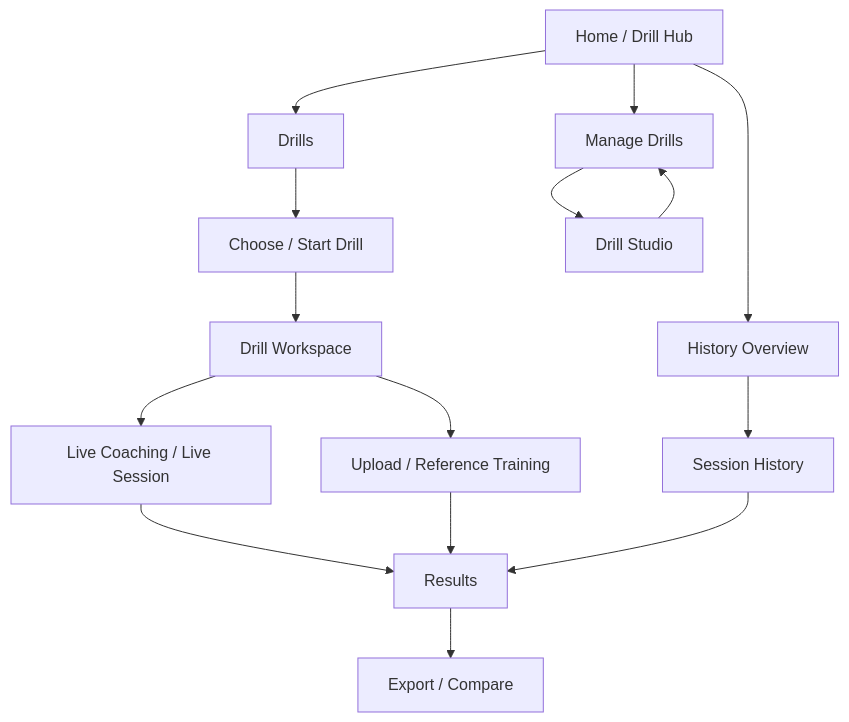
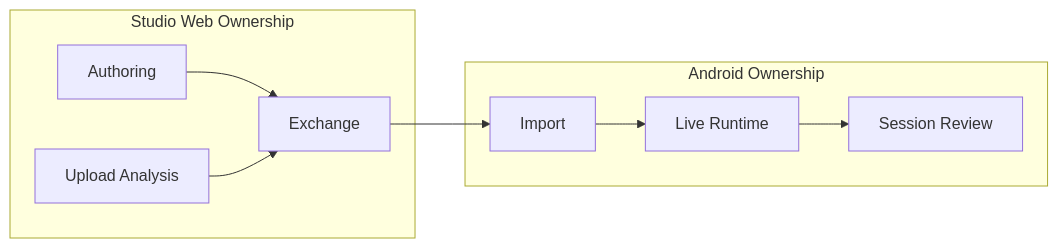
One commit to Voycepeh/CaliVision changed the third of 5 diagrams in README.md. Above: the diagram before and after it, drawn with Mermaid. The commit also changed other lines of this file and 10 other files, not shown here.

Commit message:
docs: add boundary and transition diagrams to README

````diff
--- a/README.md
+++ b/README.md
@@ -78,24 +64,18 @@
 ```mermaid
-flowchart TD
-    HOME[Home / Drill Hub]
-    DRILLS[Drills]
-    START[Choose / Start Drill]
-    WORKSPACE[Drill Workspace]
-    LIVE[Live Coaching / Live Session]
-    UPLOAD[Upload / Reference Training]
-    RESULTS[Results]
-    OVERVIEW[History Overview]
-    HISTORY[Session History]
-    MANAGE[Manage Drills]
-    STUDIO[Drill Studio]
-    EXPORT[Export / Compare]
+flowchart LR
+    subgraph WEB[Studio Web Ownership]
+      AUTHOR[Authoring]
+      UPLOAD[Upload Analysis]
+      EXCHANGE[Exchange]
+    end
 
-    HOME --> DRILLS --> START --> WORKSPACE
-    WORKSPACE --> LIVE --> RESULTS
-    WORKSPACE --> UPLOAD --> RESULTS
+    subgraph MOBILE[Android Ownership]
+      IMPORT[Import]
+      RUNTIME[Live Runtime]
+      REVIEW[Session Review]
+    end
 
-    HOME --> OVERVIEW --> HISTORY --> RESULTS
-    RESULTS --> EXPORT
-
-    HOME --> MANAGE --> STUDIO --> MANAGE
+    AUTHOR --> EXCHANGE
+    UPLOAD --> EXCHANGE
+    EXCHANGE --> IMPORT --> RUNTIME --> REVIEW
 ```
````
